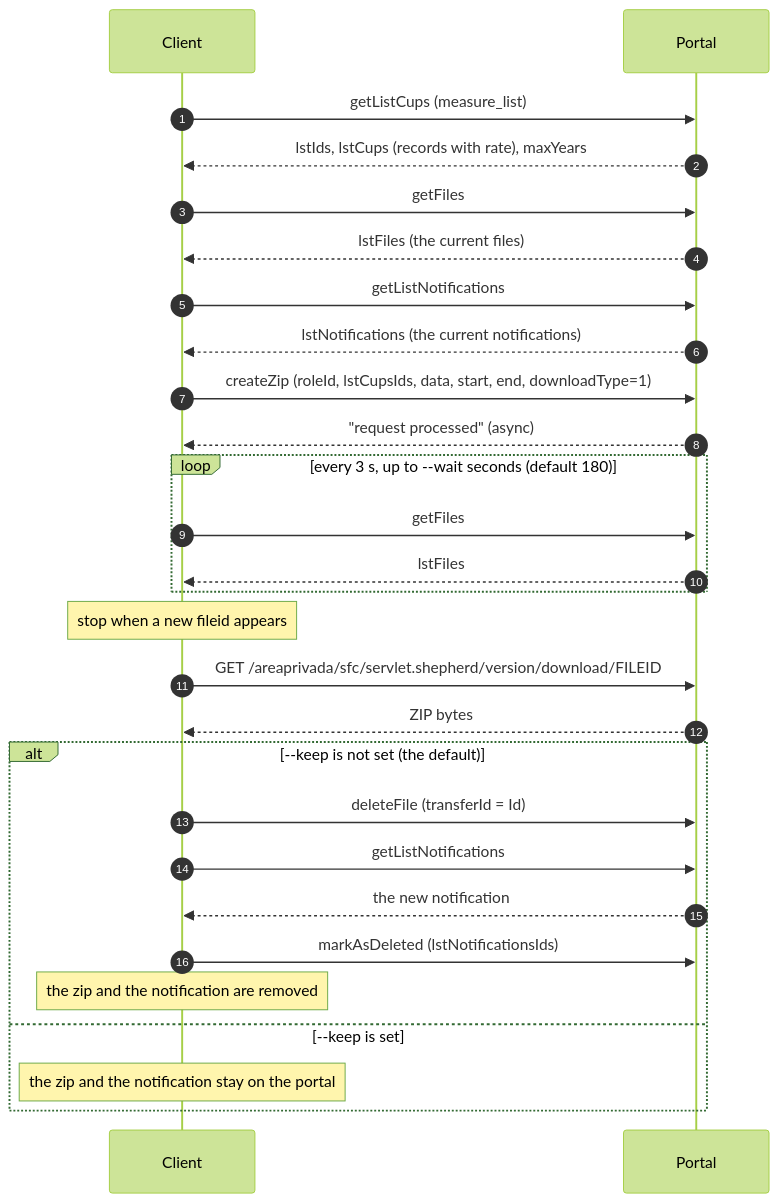
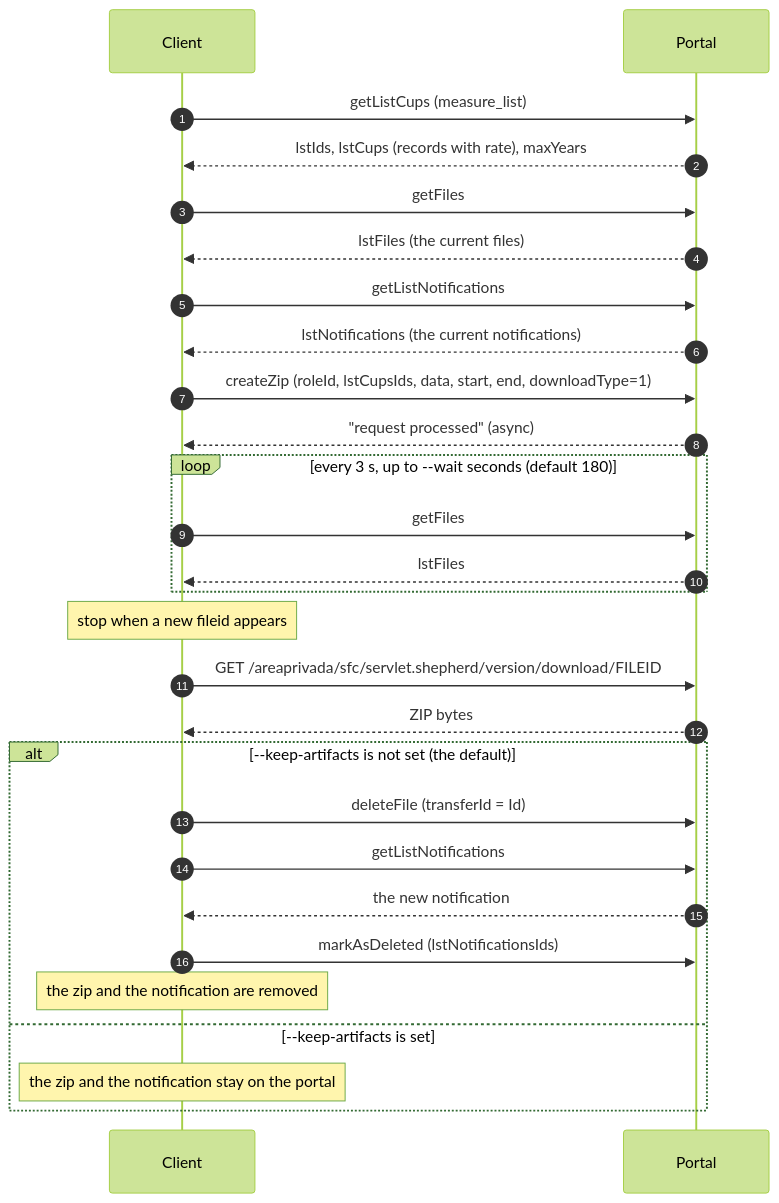
One commit to jacano/edistribucion-client changed the fourth of 7 diagrams in docs/ARCHITECTURE.md. Above: the diagram before and after it, drawn with Mermaid (forest theme). The commit also changed other lines of this file and 4 other files, not shown here.

Commit message:
perf: use one token and one list call for each run; rename --keep to --keep-artifacts

````diff
--- a/docs/ARCHITECTURE.md
+++ b/docs/ARCHITECTURE.md
@@ -86,30 +89,30 @@
 ```mermaid
 sequenceDiagram
     autonumber
     participant C as Client
     participant P as Portal
     C->>P: getListCups (measure_list)
     P-->>C: lstIds, lstCups (records with rate), maxYears
     C->>P: getFiles
     P-->>C: lstFiles (the current files)
     C->>P: getListNotifications
     P-->>C: lstNotifications (the current notifications)
     C->>P: createZip (roleId, lstCupsIds, data, start, end, downloadType=1)
     P-->>C: "request processed" (async)
     loop every 3 s, up to --wait seconds (default 180)
         C->>P: getFiles
         P-->>C: lstFiles
     end
     Note over C: stop when a new fileid appears
     C->>P: GET /areaprivada/sfc/servlet.shepherd/version/download/FILEID
     P-->>C: ZIP bytes
-    alt --keep is not set (the default)
+    alt --keep-artifacts is not set (the default)
         C->>P: deleteFile (transferId = Id)
         C->>P: getListNotifications
         P-->>C: the new notification
         C->>P: markAsDeleted (lstNotificationsIds)
         Note over C: the zip and the notification are removed
-    else --keep is set
+    else --keep-artifacts is set
         Note over C: the zip and the notification stay on the portal
     end
 ```
````
